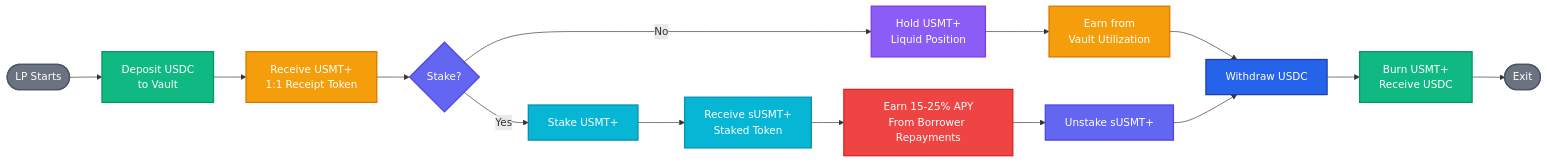
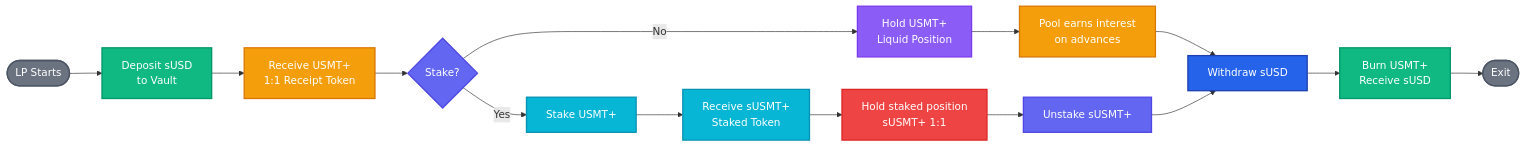
The third of 4 diagrams in README.md (builderbroxd/mysettl), drawn with Mermaid before and after one commit. The commit also changed other lines of this file, not shown here.

Commit message:
docs(readme): drop unimplemented staking APY claim from LP flow

````diff
--- a/README.md
+++ b/README.md
@@ -187,35 +187,35 @@
 ```mermaid
 flowchart LR
-    Start([LP Starts]) --> Deposit[Deposit USDC<br/>to Vault]
+    Start([LP Starts]) --> Deposit[Deposit sUSD<br/>to Vault]
     Deposit --> Receive[Receive USMT+<br/>1:1 Receipt Token]
     
     Receive --> Choice{Stake?}
     Choice -->|Yes| Stake[Stake USMT+]
     Choice -->|No| Hold[Hold USMT+<br/>Liquid Position]
     
     Stake --> ReceiveStake[Receive sUSMT+<br/>Staked Token]
-    ReceiveStake --> Earn[Earn 15-25% APY<br/>From Borrower Repayments]
+    ReceiveStake --> Earn[Hold staked position<br/>sUSMT+ 1:1]
     
-    Hold --> EarnSimple[Earn from<br/>Vault Utilization]
+    Hold --> EarnSimple[Pool earns interest<br/>on advances]
     
     Earn --> WithdrawStake[Unstake sUSMT+]
-    EarnSimple --> Withdraw[Withdraw USDC]
+    EarnSimple --> Withdraw[Withdraw sUSD]
     WithdrawStake --> Withdraw
     
-    Withdraw --> Burn[Burn USMT+<br/>Receive USDC]
+    Withdraw --> Burn[Burn USMT+<br/>Receive sUSD]
     Burn --> End([Exit])
     
     style Start fill:#6b7280,stroke:#4b5563,stroke-width:2px,color:#fff
     style Deposit fill:#10b981,stroke:#059669,stroke-width:2px,color:#fff
     style Receive fill:#f59e0b,stroke:#d97706,stroke-width:2px,color:#fff
     style Choice fill:#6366f1,stroke:#4f46e5,stroke-width:2px,color:#fff
     style Stake fill:#06b6d4,stroke:#0891b2,stroke-width:2px,color:#fff
     style Hold fill:#8b5cf6,stroke:#7c3aed,stroke-width:2px,color:#fff
     style ReceiveStake fill:#06b6d4,stroke:#0891b2,stroke-width:2px,color:#fff
     style Earn fill:#ef4444,stroke:#dc2626,stroke-width:2px,color:#fff
     style EarnSimple fill:#f59e0b,stroke:#d97706,stroke-width:2px,color:#fff
     style WithdrawStake fill:#6366f1,stroke:#4f46e5,stroke-width:2px,color:#fff
     style Withdraw fill:#2563eb,stroke:#1e40af,stroke-width:2px,color:#fff
     style Burn fill:#10b981,stroke:#059669,stroke-width:2px,color:#fff
     style End fill:#6b7280,stroke:#4b5563,stroke-width:2px,color:#fff
 ```
````
